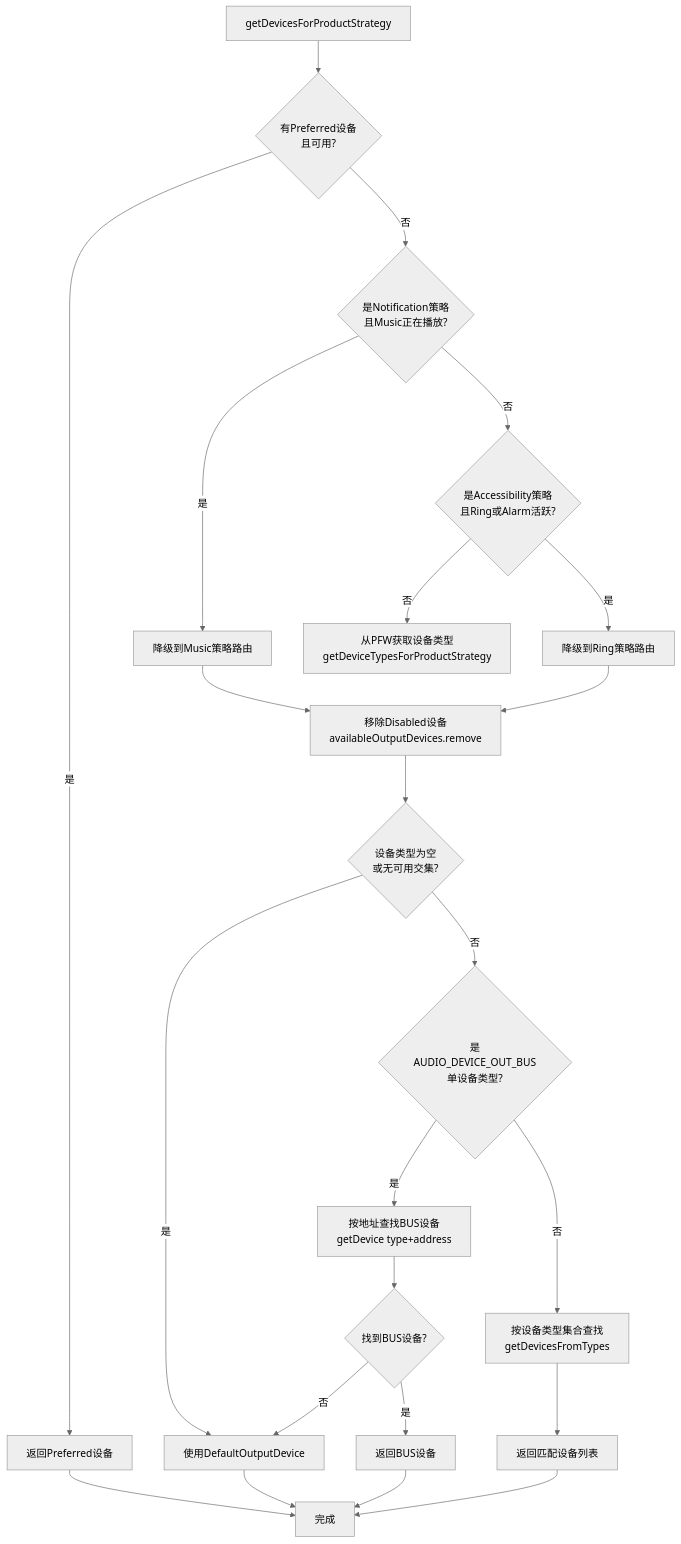
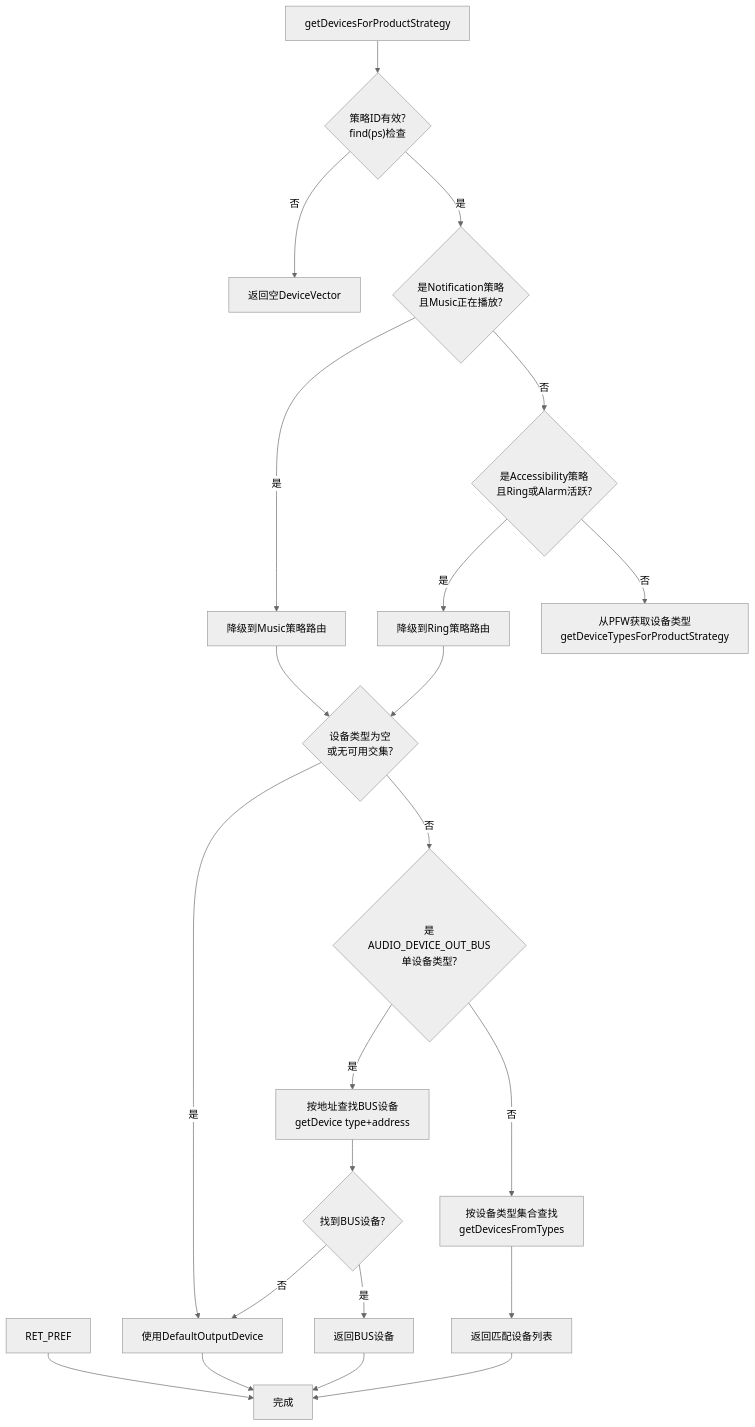
One commit to yanglinzhen1022/SA8295_AAOS_QNX_Audio_KnowledgeBase changed the fifth of 6 diagrams in 06_Audio_Policy_Engine/06_6.10_EngineConfigurable-Parameter_Framework可配置引擎.md. Above: the diagram before and after it, drawn with Mermaid (neutral theme). The commit also changed other lines of this file and 11 other files, not shown here.

````diff
--- a/06_Audio_Policy_Engine/06_6.10_EngineConfigurable-Parameter_Framework可配置引擎.md
+++ b/06_Audio_Policy_Engine/06_6.10_EngineConfigurable-Parameter_Framework可配置引擎.md
@@ -435,26 +425,26 @@
 ```mermaid
 flowchart TB
-    START[getDevicesForProductStrategy] --> PREF{"有Preferred设备<br>且可用?"}
-    PREF -->|是| RET_PREF[返回Preferred设备]
-    PREF -->|否| NOTIF{"是Notification策略<br>且Music正在播放?"}
+    START[getDevicesForProductStrategy] --> VALID{"策略ID有效?<br>find(ps)检查"}
+    VALID -->|否| RET_EMPTY[返回空DeviceVector]
+    VALID -->|是| NOTIF{"是Notification策略<br>且Music正在播放?"}
     NOTIF -->|是| FALL_MUSIC[降级到Music策略路由]
     NOTIF -->|否| ACCESS{"是Accessibility策略<br>且Ring或Alarm活跃?"}
     ACCESS -->|是| FALL_RING[降级到Ring策略路由]
     ACCESS -->|否| PFW_GET[从PFW获取设备类型<br>getDeviceTypesForProductStrategy]
-    FALL_MUSIC --> DISABLED
-    FALL_RING --> DISABLED
+    FALL_MUSIC --> DEVTYPE
+    FALL_RING --> DEVTYPE
 
-    DISABLED[移除Disabled设备<br>availableOutputDevices.remove] --> DEVTYPE{"设备类型为空<br>或无可用交集?"}
+    DEVTYPE{"设备类型为空<br>或无可用交集?"}
     DEVTYPE -->|是| DEFAULT[使用DefaultOutputDevice]
     DEVTYPE -->|否| BUS{"是AUDIO_DEVICE_OUT_BUS<br>单设备类型?"}
     BUS -->|是| BUS_ADDR[按地址查找BUS设备<br>getDevice type+address]
     BUS -->|否| NORMAL[按设备类型集合查找<br>getDevicesFromTypes]
     BUS_ADDR --> BUS_FOUND{"找到BUS设备?"}
     BUS_FOUND -->|否| DEFAULT
     BUS_FOUND -->|是| RET_BUS[返回BUS设备]
     NORMAL --> RET_DEV[返回匹配设备列表]
     RET_PREF --> DONE[完成]
     DEFAULT --> DONE
     RET_BUS --> DONE
     RET_DEV --> DONE
 ```
````
